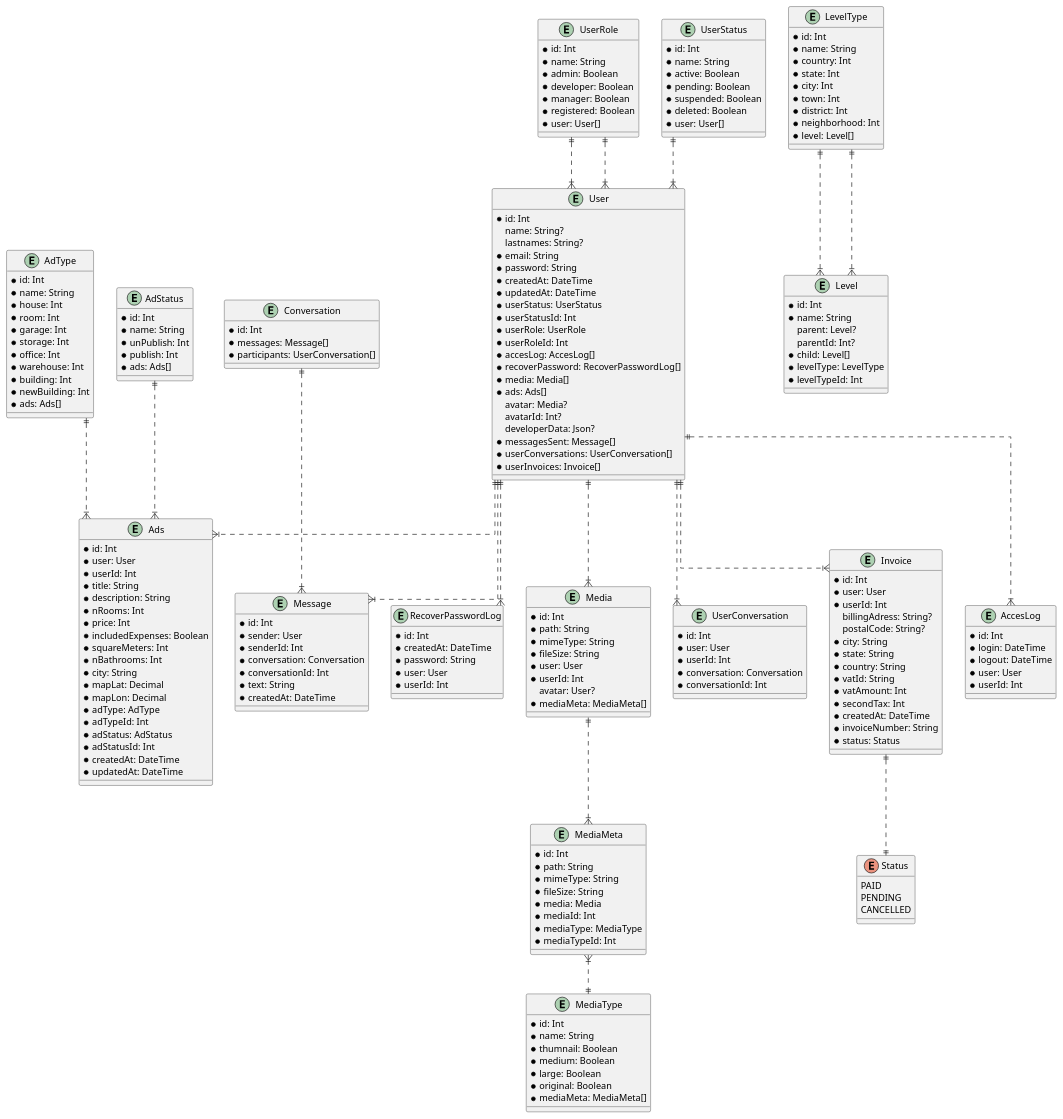
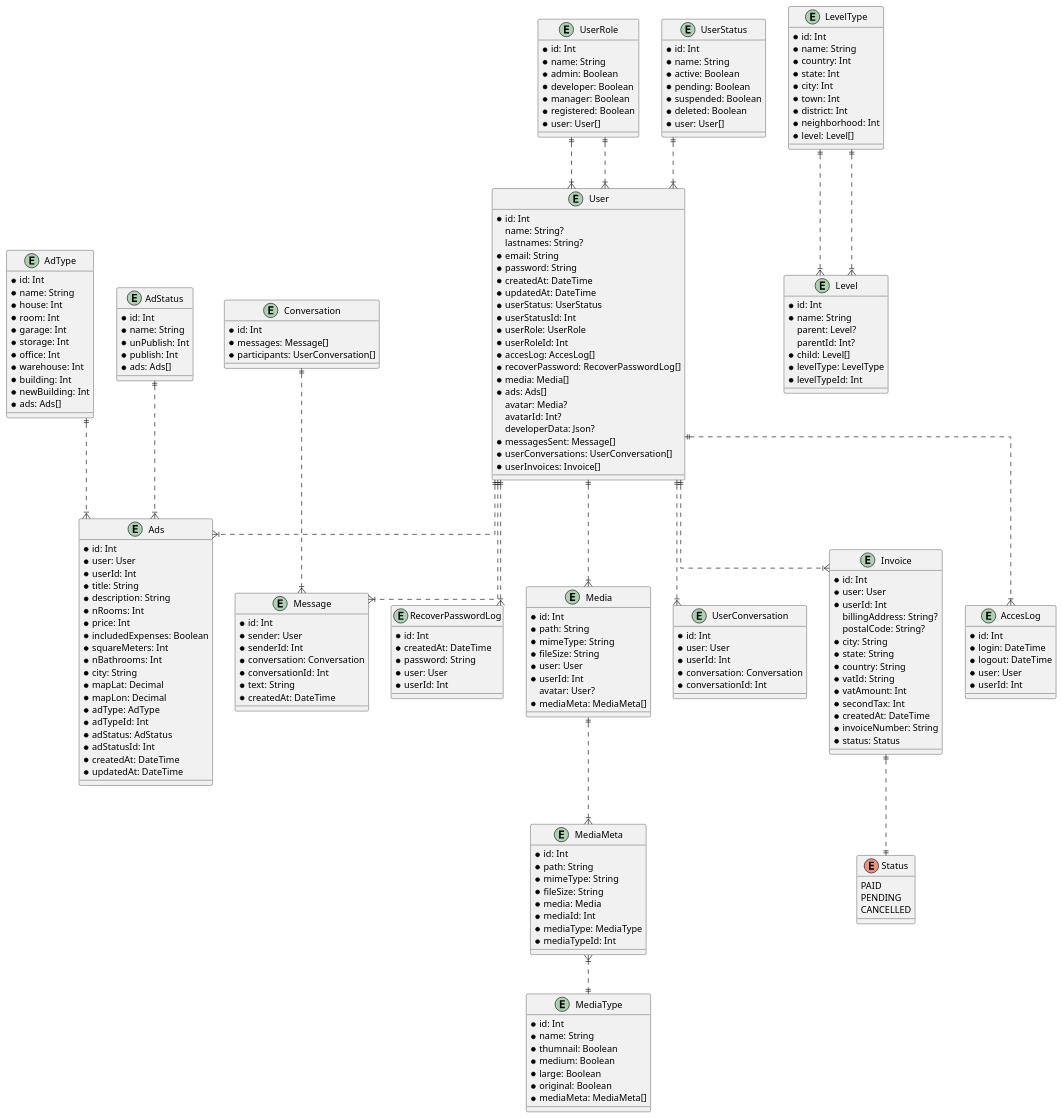
The diagram in backend/db/schema-db.puml (IT-Academy-BCN/ita-directory), drawn with PlantUML before and after one commit. The commit also changed 6 other files, not shown here.

```diff
--- a/backend/db/schema-db.puml
+++ b/backend/db/schema-db.puml
@@ -194,7 +194,7 @@
   * id: Int
   * user: User
   * userId: Int
-  billingAdress: String?
+  billingAddress: String?
   postalCode: String?
   * city: String
   * state: String
```
